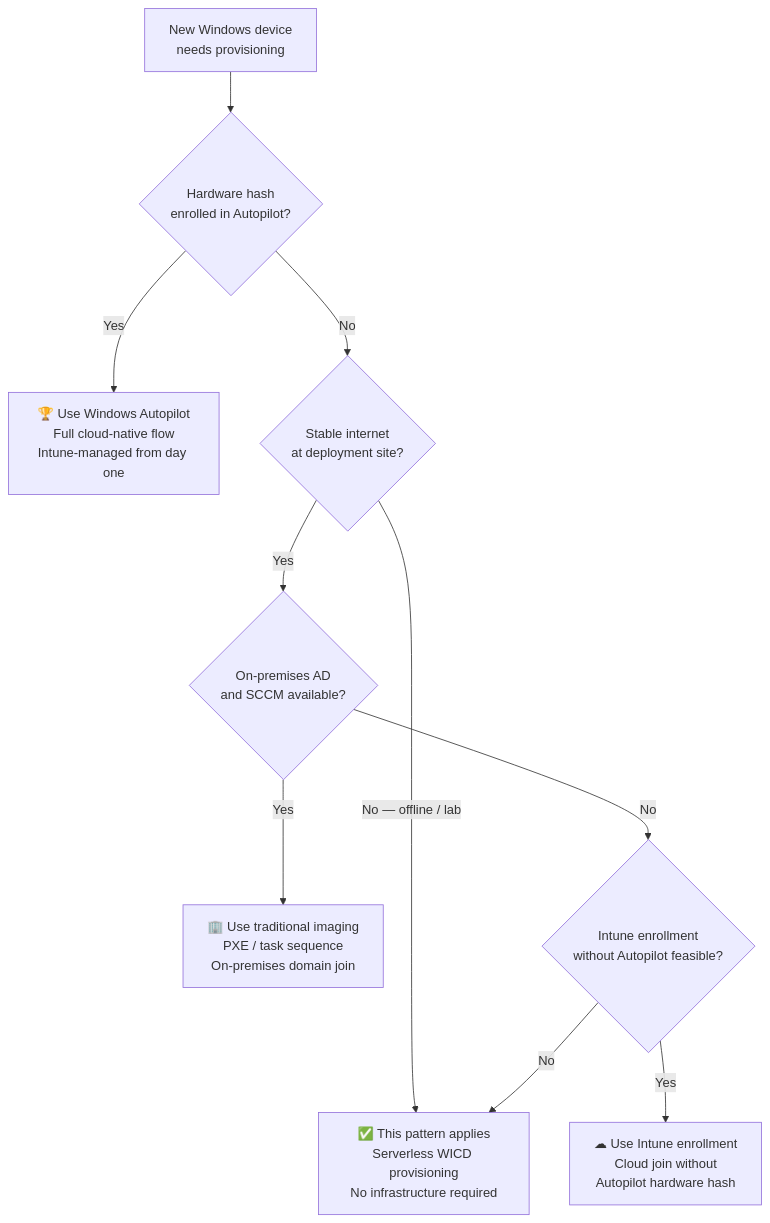
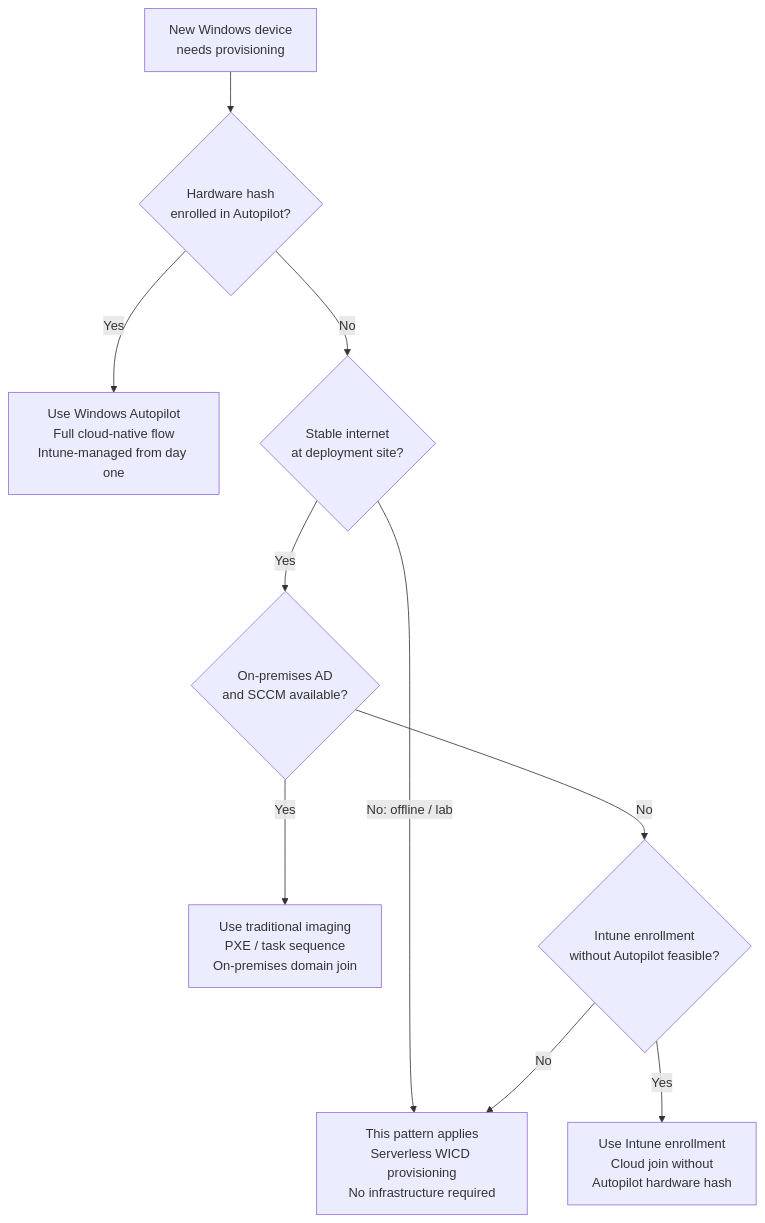
One commit to Shirish03/windows-endpoint-security-patterns changed the diagram in patterns/serverless-windows-provisioning-wicd/README.md. Above: the diagram before and after it, drawn with Mermaid. The commit also changed other lines of this file, not shown here.

````diff
--- a/patterns/serverless-windows-provisioning-wicd/README.md
+++ b/patterns/serverless-windows-provisioning-wicd/README.md
@@ -120,22 +111,22 @@
 ```mermaid
 flowchart TB
     A["New Windows device\nneeds provisioning"]
     B{"Hardware hash\nenrolled in Autopilot?"}
-    C["🏆 Use Windows Autopilot\nFull cloud-native flow\nIntune-managed from day one"]
+    C["Use Windows Autopilot\nFull cloud-native flow\nIntune-managed from day one"]
     D{"Stable internet\nat deployment site?"}
-    E["✅ This pattern applies\nServerless WICD provisioning\nNo infrastructure required"]
+    E["This pattern applies\nServerless WICD provisioning\nNo infrastructure required"]
     F{"On-premises AD\nand SCCM available?"}
-    G["🏢 Use traditional imaging\nPXE / task sequence\nOn-premises domain join"]
+    G["Use traditional imaging\nPXE / task sequence\nOn-premises domain join"]
     H{"Intune enrollment\nwithout Autopilot feasible?"}
-    I["☁ Use Intune enrollment\nCloud join without\nAutopilot hardware hash"]
+    I["Use Intune enrollment\nCloud join without\nAutopilot hardware hash"]
 
     A --> B
     B -->|Yes| C
     B -->|No| D
-    D -->|"No — offline / lab"| E
+    D -->|"No: offline / lab"| E
     D -->|Yes| F
     F -->|Yes| G
     F -->|No| H
     H -->|Yes| I
     H -->|No| E
 ```
````
